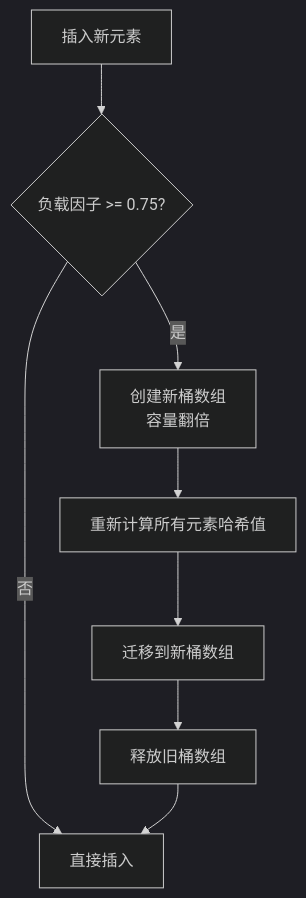
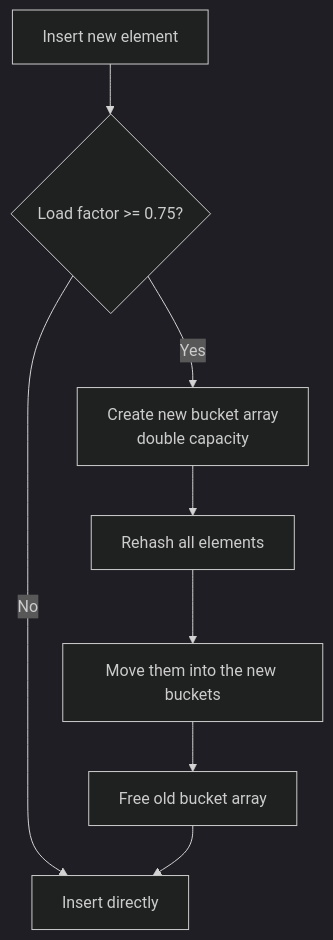
Before and after one commit to anjuxi/C-hash_table: the second of 2 diagrams in README.md, drawn with Mermaid (dark theme). The commit also changed other lines of this file, not shown here.

````diff
--- a/README.md
+++ b/README.md
@@ -64,10 +64,10 @@
 ```mermaid
 flowchart TD
-    A[插入新元素] --> B{负载因子 >= 0.75?}
-    B -->|是| C[创建新桶数组<br/>容量翻倍]
-    B -->|否| D[直接插入]
-    C --> E[重新计算所有元素哈希值]
-    E --> F[迁移到新桶数组]
-    F --> G[释放旧桶数组]
+    A[Insert new element] --> B{Load factor >= 0.75?}
+    B -->|Yes| C[Create new bucket array<br/>double capacity]
+    B -->|No| D[Insert directly]
+    C --> E[Rehash all elements]
+    E --> F[Move them into the new buckets]
+    F --> G[Free old bucket array]
     G --> D
 ```
````
